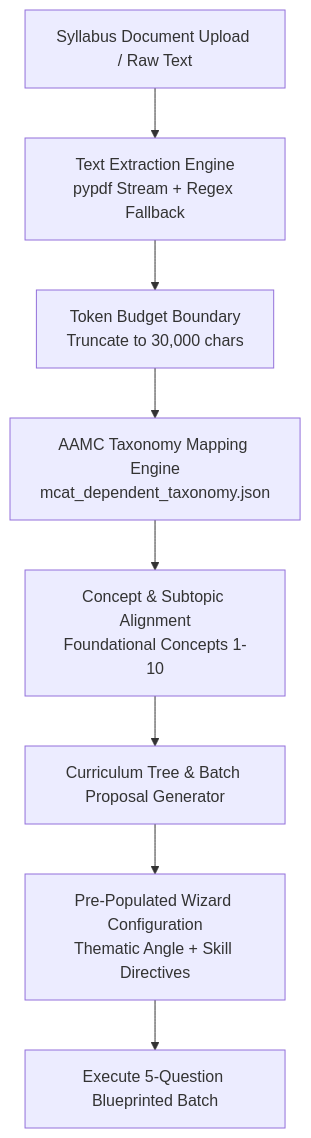
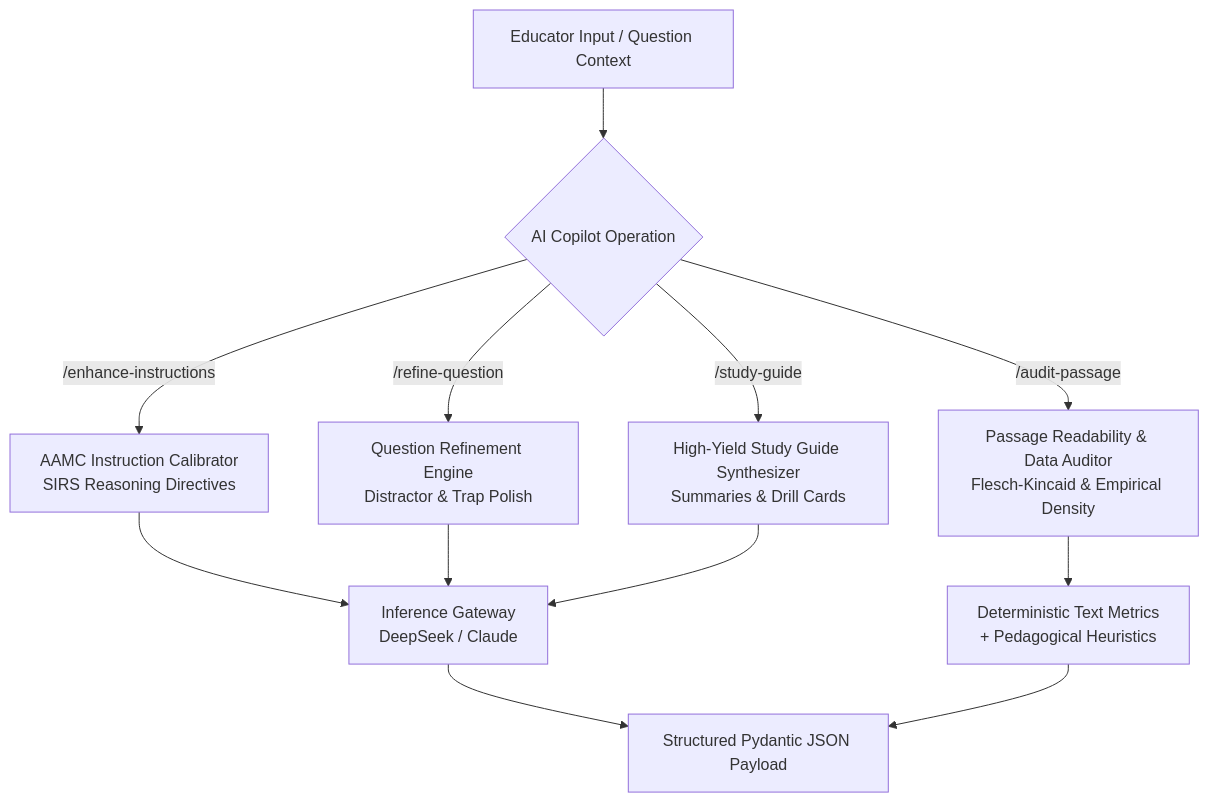
One commit to VishwamPatel-Infynno/Question-Bank-Generator changed the second of 12 diagrams in docs/ARCHITECTURE.md. Above: the diagram before and after it, drawn with Mermaid. The commit also changed other lines of this file and 60 other files, not shown here.

````diff
--- a/docs/ARCHITECTURE.md
+++ b/docs/ARCHITECTURE.md
@@ -70,10 +70,14 @@
 ```mermaid
 flowchart TD
-    DocUpload[Syllabus Document Upload / Raw Text] --> FileExtract[Text Extraction Engine<br>pypdf Stream + Regex Fallback]
-    FileExtract --> ContextBound[Token Budget Boundary<br>Truncate to 30,000 chars]
-    ContextBound --> TaxonomyMap[AAMC Taxonomy Mapping Engine<br>mcat_dependent_taxonomy.json]
-    TaxonomyMap --> ConceptMatch[Concept & Subtopic Alignment<br>Foundational Concepts 1-10]
-    ConceptMatch --> ProposalGen[Curriculum Tree & Batch Proposal Generator]
-    ProposalGen --> BatchConfig[Pre-Populated Wizard Configuration<br>Thematic Angle + Skill Directives]
-    BatchConfig --> LaunchBatch[Execute 5-Question Blueprinted Batch]
+    UserRequest[Educator Input / Question Context] --> CopilotRouter{AI Copilot Operation}
+    CopilotRouter -->|/enhance-instructions| Enhance[AAMC Instruction Calibrator<br>SIRS Reasoning Directives]
+    CopilotRouter -->|/refine-question| Refine[Question Refinement Engine<br>Distractor & Trap Polish]
+    CopilotRouter -->|/audit-passage| Audit[Passage Readability & Data Auditor<br>Flesch-Kincaid & Empirical Density]
+    CopilotRouter -->|/study-guide| Guide[High-Yield Study Guide Synthesizer<br>Summaries & Drill Cards]
+    Enhance --> LLM[Inference Gateway<br>DeepSeek / Claude]
+    Refine --> LLM
+    Audit --> TextAnalysis[Deterministic Text Metrics<br>+ Pedagogical Heuristics]
+    Guide --> LLM
+    LLM --> FormattedResponse[Structured Pydantic JSON Payload]
+    TextAnalysis --> FormattedResponse
 ```
````
